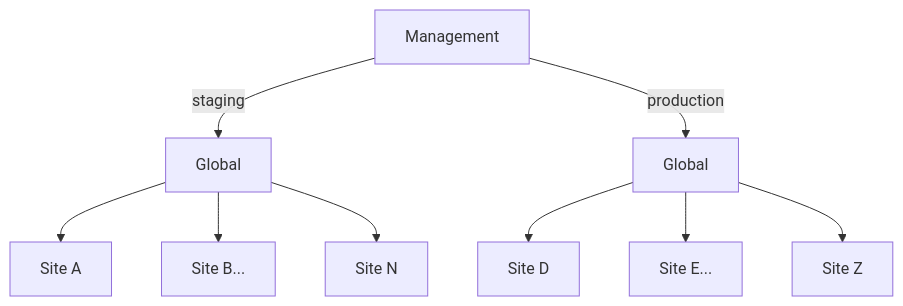
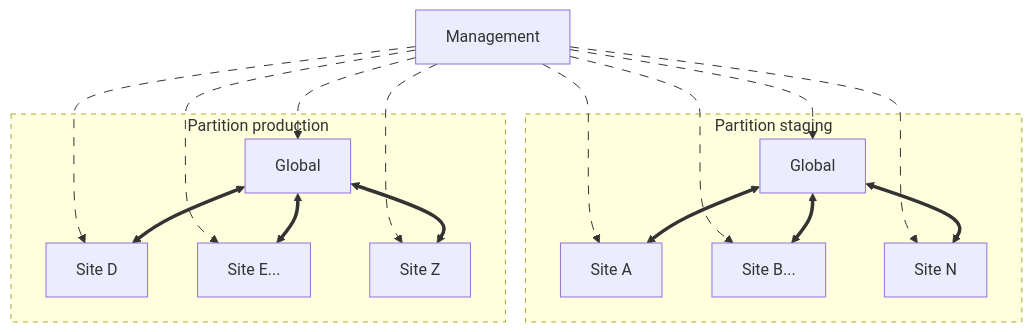
Before and after one commit to rackerlabs/understack: the second of 2 diagrams in docs/deploy-guide/welcome.md, drawn with Mermaid. The commit also changed other lines of this file, not shown here.

Commit message:
docs: update wording and diagram to explain system partitioning better
Explain how system partitioning works better and updated the diagrams to
describe the cross connections better.

````diff
--- a/docs/deploy-guide/welcome.md
+++ b/docs/deploy-guide/welcome.md
@@ -48,12 +65,38 @@
 ```mermaid
 flowchart TD
 
-  A[Management] --> |staging| B[Global];
-  B[Global] --> C[Site A];
-  B[Global] --> D[Site B...];
-  B[Global] --> E[Site N];
-  A[Management] --> |production| F[Global];
-  F[Global] --> G[Site D];
-  F[Global] --> H[Site E...];
-  F[Global] --> I[Site Z];
+  A[Management] mb@--> B[Global];
+  A mc@--> C[Site A];
+  A md@--> D[Site B...];
+  A me@--> E[Site N];
+  A mf@--> F[Global];
+  A mg@--> G[Site D];
+  A mh@--> H[Site E...];
+  A mi@--> I[Site Z];
+
+  subgraph S[Partition staging]
+    B <==> C;
+    B <==> D;
+    B <==> E;
+  end
+
+  subgraph P[Partition production]
+    F <==> G;
+    F <==> H;
+    F <==> I;
+  end
+
+  %% Style both subgraphs with dashed borders
+  style S stroke-dasharray: 5 5
+  style P stroke-dasharray: 5 5
+
+  classDef animate stroke-dasharray: 9,5,stroke-dashoffset: 900,animation: dash 25s linear infinite;
+  class mb animate
+  class mc animate
+  class md animate
+  class me animate
+  class mf animate
+  class mg animate
+  class mh animate
+  class mi animate
 ```
````
